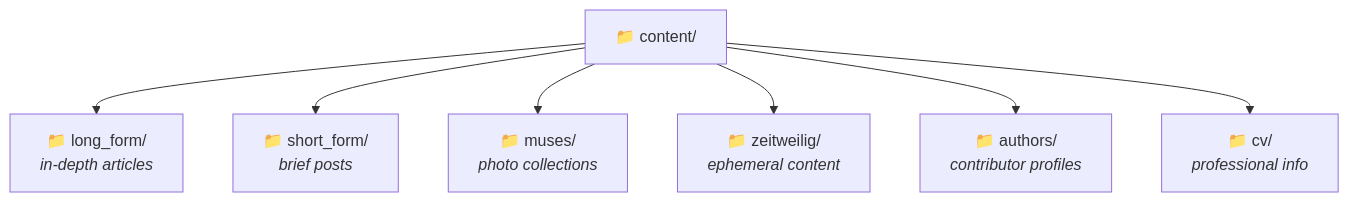
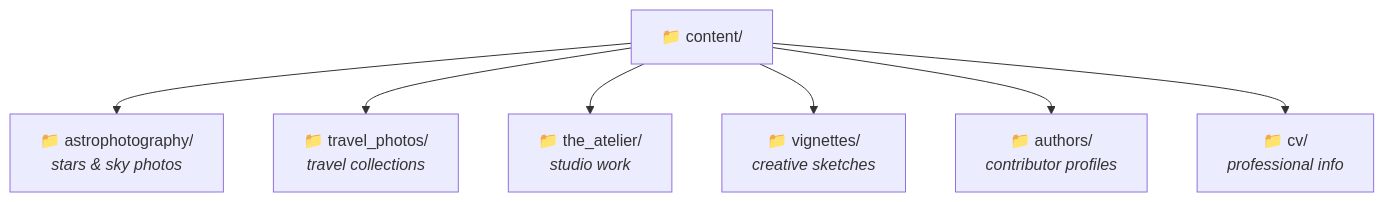
One commit to ZhunHao/my-website changed the fourth of 9 diagrams in README.md. Above: the diagram before and after it, drawn with Mermaid. The commit also changed other lines of this file, not shown here.

Commit message:
feat: Update README to reflect new content structure and categories for photography portfolio

````diff
--- a/README.md
+++ b/README.md
@@ -249,9 +249,9 @@
 ```mermaid
 graph TD
-    A["📁 content/"] --> B["📁 long_form/<br><i>in-depth articles</i>"]
-    A --> C["📁 short_form/<br><i>brief posts</i>"]
-    A --> D["📁 muses/<br><i>photo collections</i>"]
-    A --> E["📁 zeitweilig/<br><i>ephemeral content</i>"]
+    A["📁 content/"] --> B["📁 astrophotography/<br><i>stars & sky photos</i>"]
+    A --> C["📁 travel_photos/<br><i>travel collections</i>"]
+    A --> D["📁 the_atelier/<br><i>studio work</i>"]
+    A --> E["📁 vignettes/<br><i>creative sketches</i>"]
     A --> F["📁 authors/<br><i>contributor profiles</i>"]
     A --> G["📁 cv/<br><i>professional info</i>"]
 ```
````
